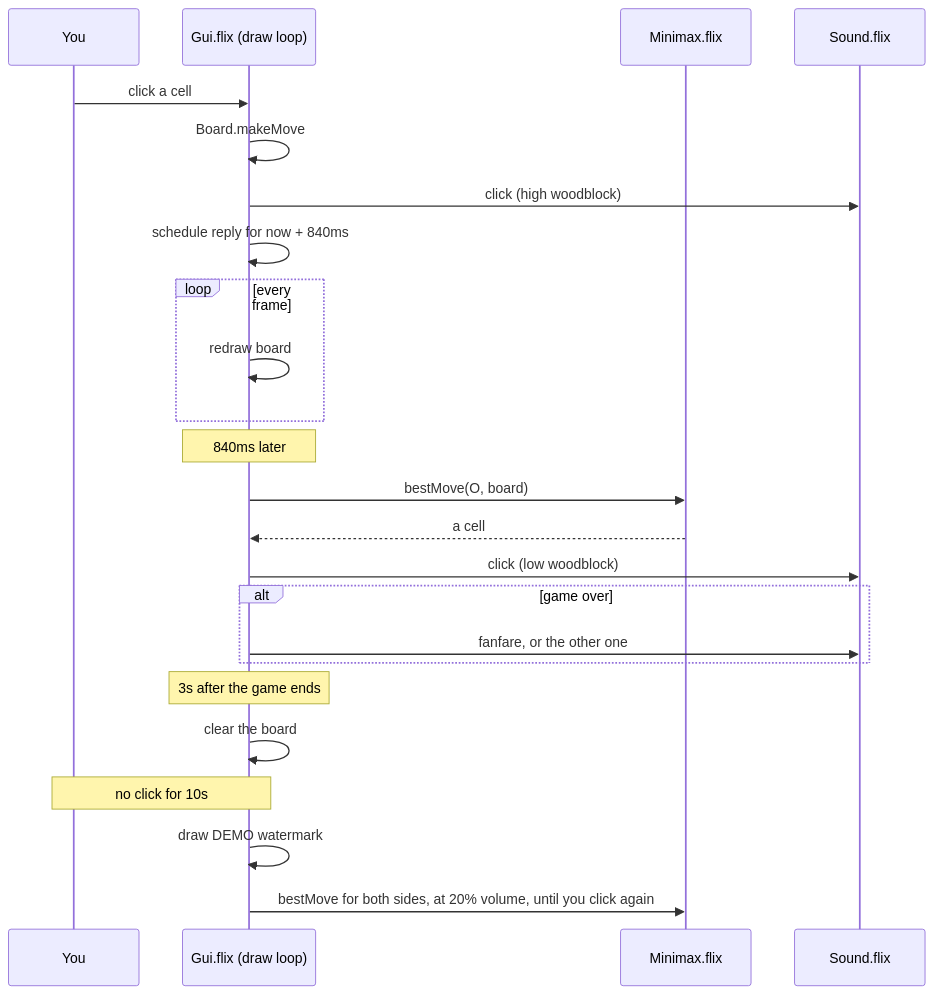
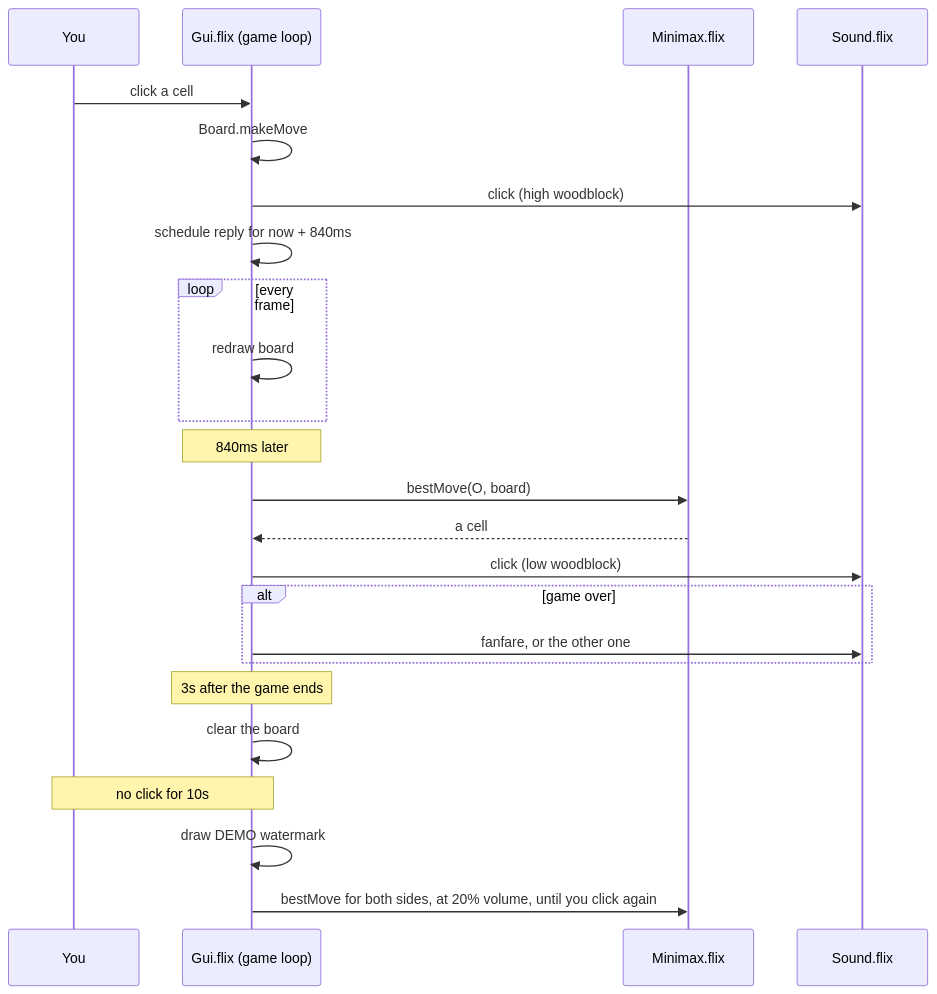
One commit to wstein/flix-fork changed the third of 3 diagrams in examples/apps/tic-tac-toe/README.md. Above: the diagram before and after it, drawn with Mermaid. The commit also changed other lines of this file, not shown here.

````diff
--- a/examples/apps/tic-tac-toe/README.md
+++ b/examples/apps/tic-tac-toe/README.md
@@ -147,27 +153,27 @@
 ```mermaid
 sequenceDiagram
     participant You
-    participant Gui as Gui.flix (draw loop)
+    participant Gui as Gui.flix (game loop)
     participant AI as Minimax.flix
     participant Snd as Sound.flix
 
     You->>Gui: click a cell
     Gui->>Gui: Board.makeMove
     Gui->>Snd: click (high woodblock)
     Gui->>Gui: schedule reply for now + 840ms
     loop every frame
         Gui->>Gui: redraw board
     end
     Note over Gui: 840ms later
     Gui->>AI: bestMove(O, board)
     AI-->>Gui: a cell
     Gui->>Snd: click (low woodblock)
     alt game over
         Gui->>Snd: fanfare, or the other one
     end
     Note over Gui: 3s after the game ends
     Gui->>Gui: clear the board
     Note over You,Gui: no click for 10s
     Gui->>Gui: draw DEMO watermark
     Gui->>AI: bestMove for both sides, at 20% volume, until you click again
 ```
````
